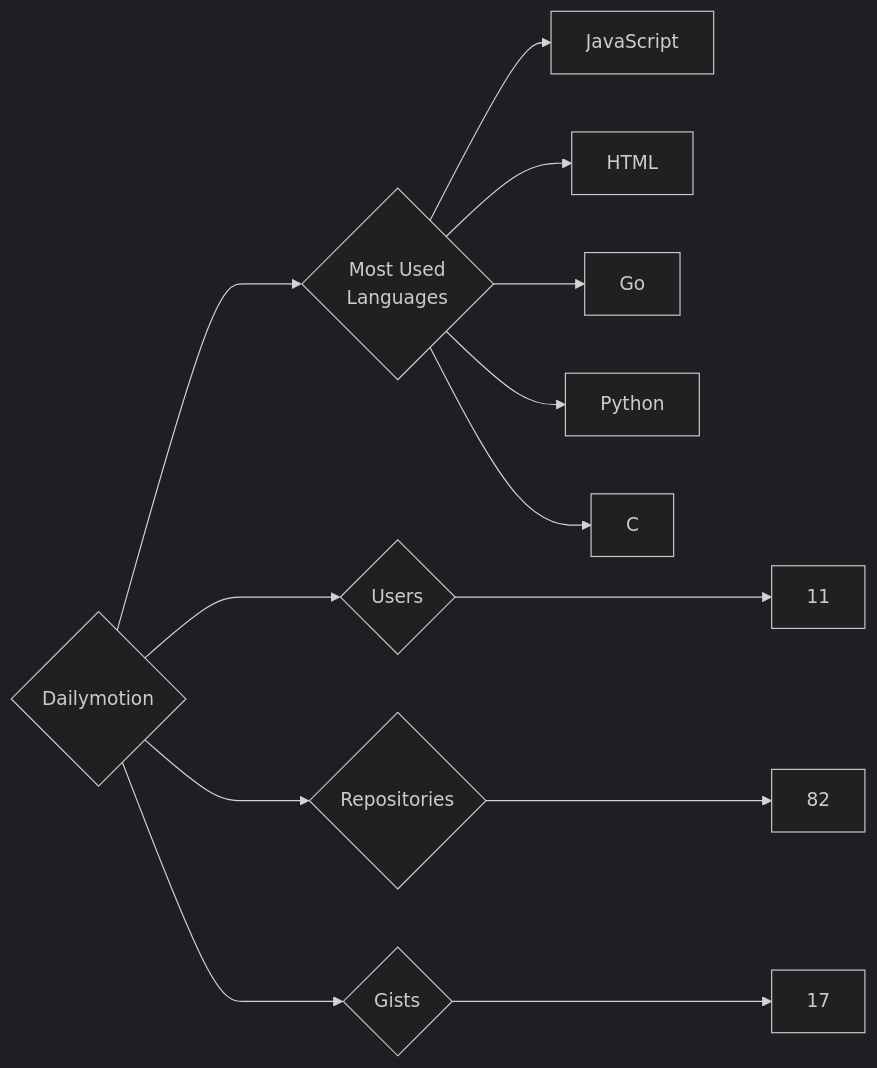
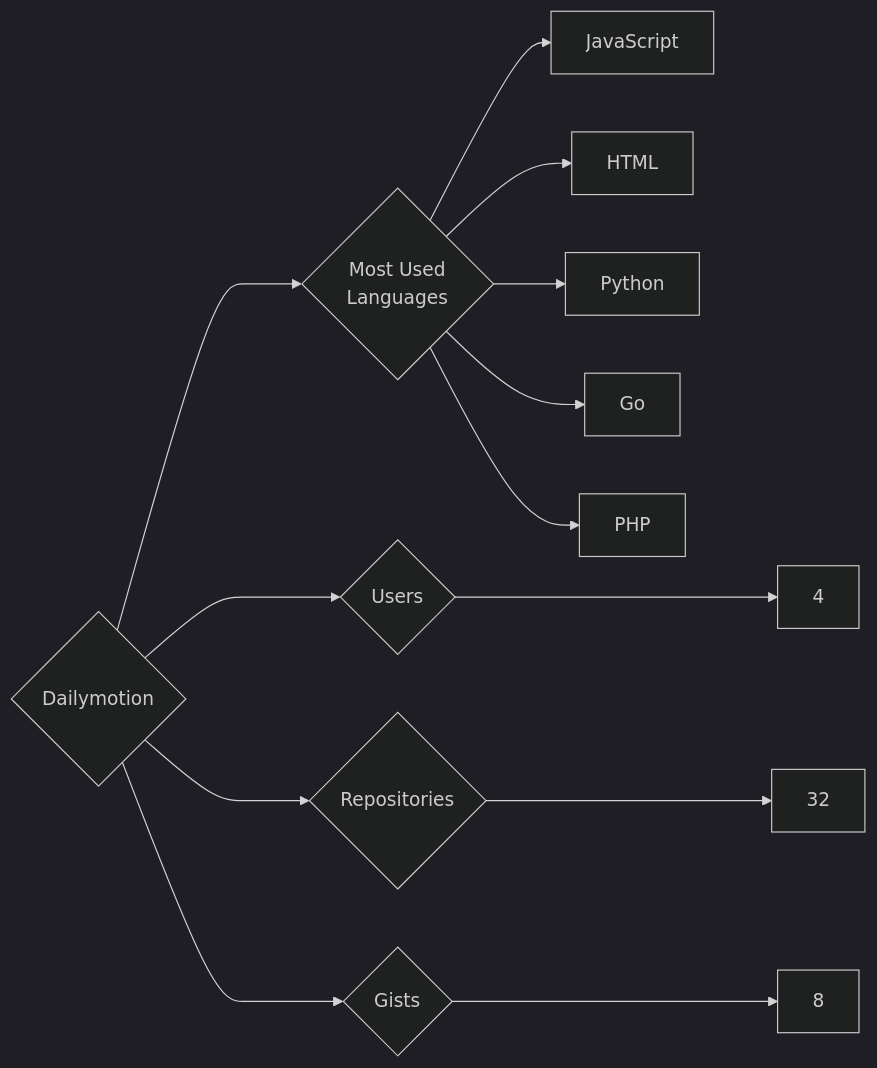
One commit to trickest/insiders changed the diagram in targets/Dailymotion/README.md. Above: the diagram before and after it, drawn with Mermaid (dark theme). The commit also changed 757 other files, not shown here.

````diff
--- a/targets/Dailymotion/README.md
+++ b/targets/Dailymotion/README.md
@@ -3,13 +3,13 @@
 ```mermaid
 graph LR
 COMPANY_NAME{Dailymotion}
-COMPANY_NAME ---> U{Users} ---> UN[11]
-COMPANY_NAME ---> R{Repositories} ---> RN[82]
-COMPANY_NAME ---> G{Gists} ---> GN[17]
+COMPANY_NAME ---> U{Users} ---> UN[4]
+COMPANY_NAME ---> R{Repositories} ---> RN[32]
+COMPANY_NAME ---> G{Gists} ---> GN[8]
 COMPANY_NAME ---> ML{Most Used<br>Languages}
 ML --> JavaScript[JavaScript]
 ML --> HTML[HTML]
+ML --> Python[Python]
 ML --> Go[Go]
-ML --> Python[Python]
-ML --> C[C]
+ML --> PHP[PHP]
 ```
````
